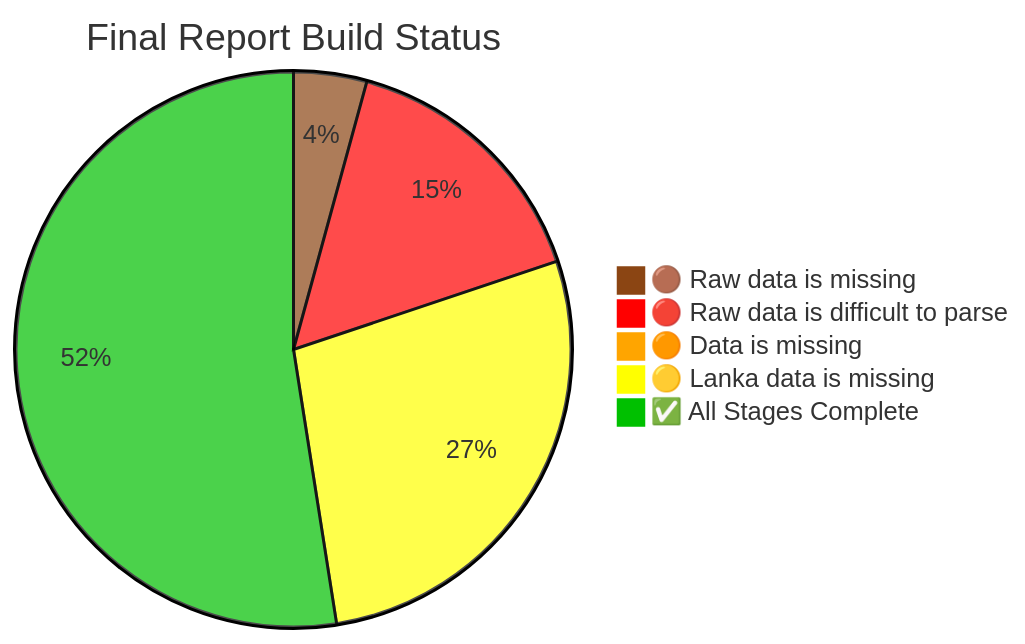
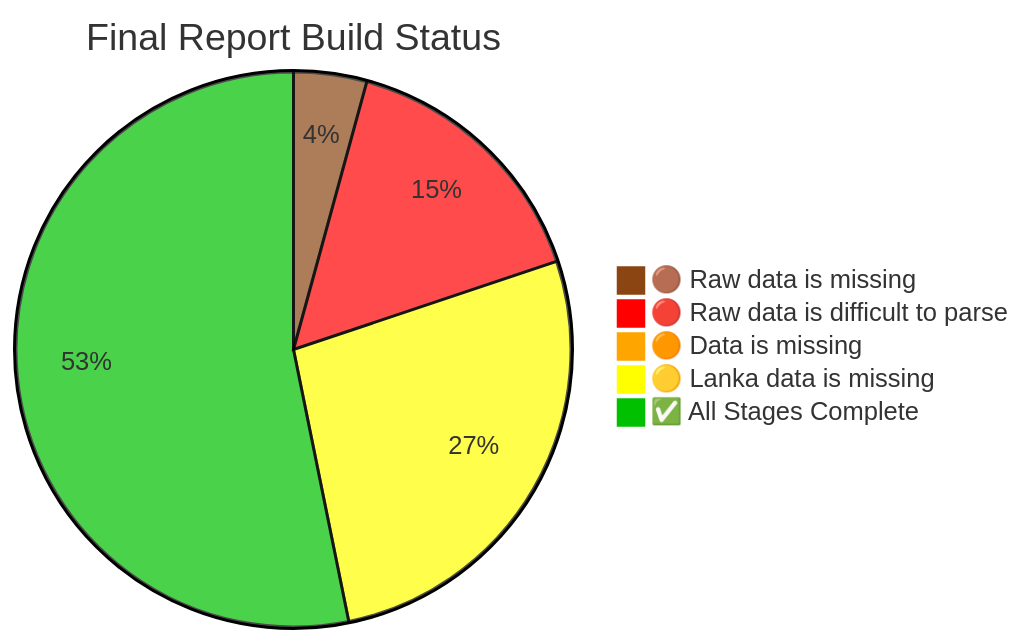
Before and after one commit to nuuuwan/lk_census_2024: the diagram in README.md, drawn with Mermaid. The commit also changed other lines of this file and 5 other files, not shown here.

Commit message:
Update README and JSON files for Chapter 12, correcting Myer’s Index data structure, adding lanka_data.json for 2024 statistics, and adjusting data fields for Whipple’s Index

````diff
--- a/README.md
+++ b/README.md
@@ -220,9 +220,9 @@
 ```mermaid
 %%{init: {"theme": "base", "themeVariables": {"pie1": "#8B4513", "pie2": "#FF0000", "pie3": "#FFA500", "pie4": "#FFFF00", "pie5": "#00c000"}}}%%
 pie title Final Report Build Status
 "🟤 Raw data is missing" : 6
     "🔴 Raw data is difficult to parse" : 22
     "🟠 Data is missing" : 1
-    "🟡 Lanka data is missing" : 39
-    "✅ All Stages Complete" : 74
+    "🟡 Lanka data is missing" : 38
+    "✅ All Stages Complete" : 75
 ```
````
